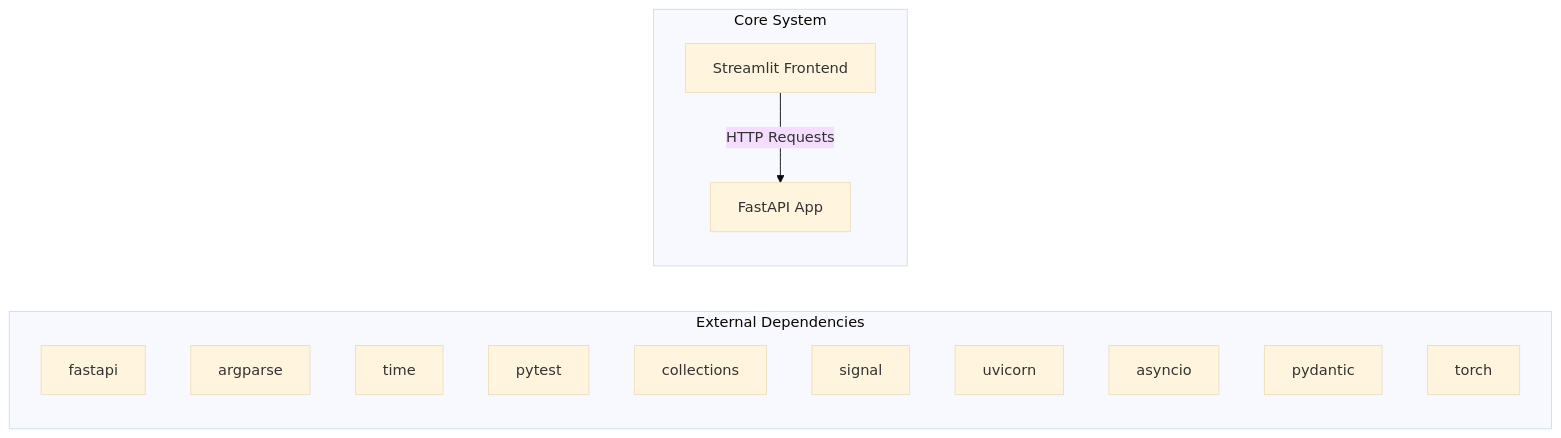
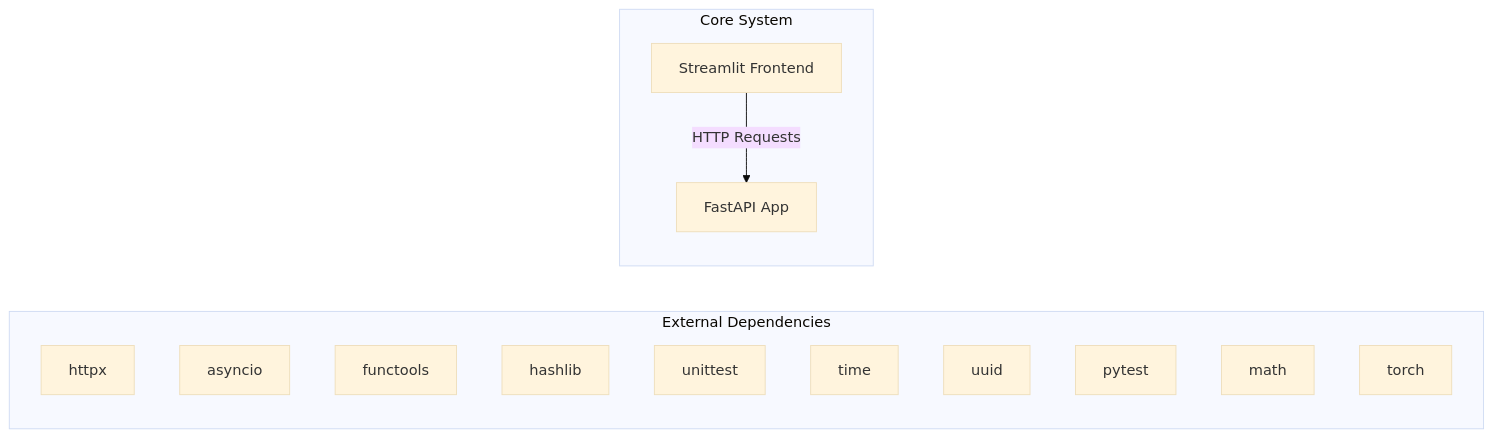
The first of 2 diagrams in docs/architecture.md (NITISH-R-G/rag-context-optimizer), drawn with Mermaid (base theme) before and after one commit. The commit also changed 1 other file, not shown here.

Commit message:
docs: auto-update repository knowledge, architecture diagrams, and documentation

````diff
--- a/docs/architecture.md
+++ b/docs/architecture.md
@@ -7,20 +7,20 @@
 ```mermaid
 graph LR
     subgraph External Dependencies
-        E0["fastapi"]
-        E1["argparse"]
-        E2["time"]
-        E3["pytest"]
-        E4["collections"]
-        E5["signal"]
-        E6["uvicorn"]
-        E7["asyncio"]
-        E8["pydantic"]
+        E0["httpx"]
+        E1["asyncio"]
+        E2["functools"]
+        E3["hashlib"]
+        E4["unittest"]
+        E5["time"]
+        E6["uuid"]
+        E7["pytest"]
+        E8["math"]
         E9["torch"]
     end
     subgraph Core System
         API["FastAPI App"]
         UI["Streamlit Frontend"]
     end
     UI -->|HTTP Requests| API
 ```
````
